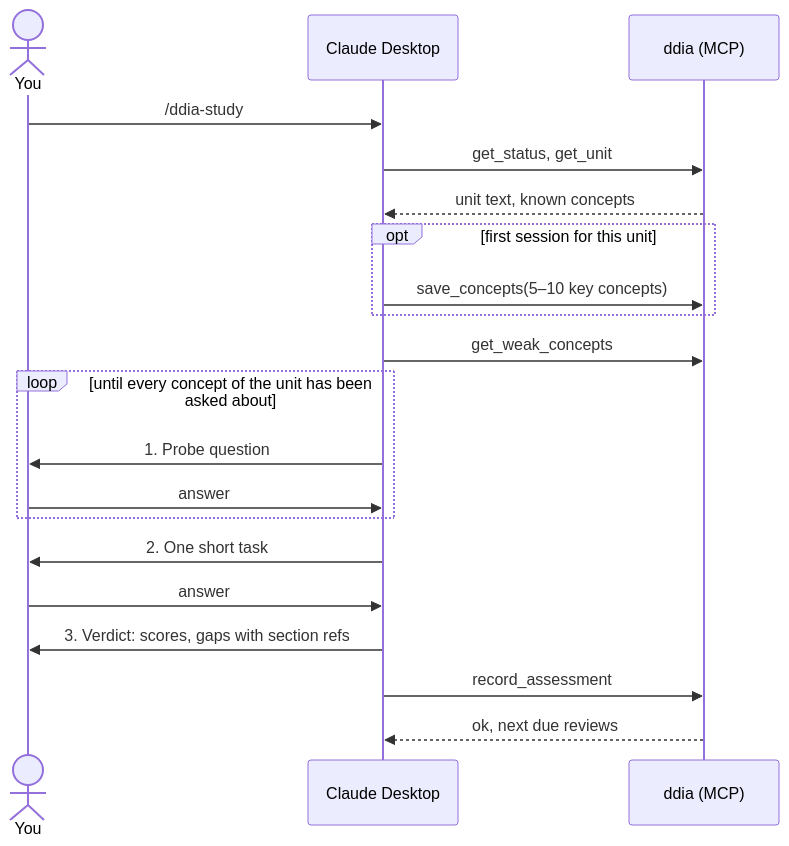
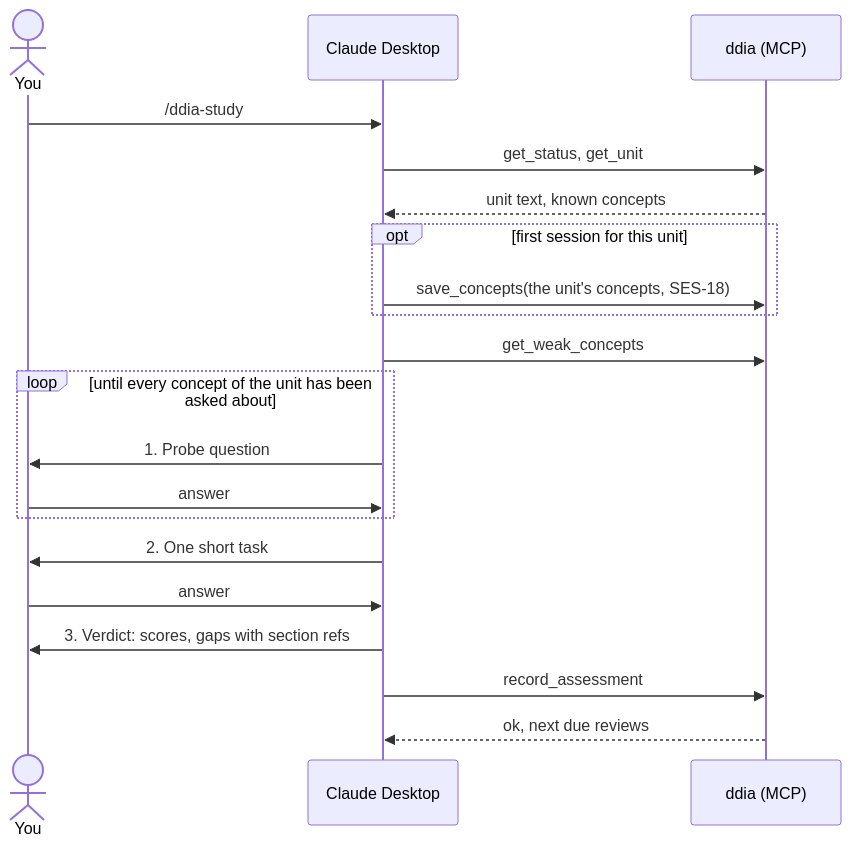
The diagram in docs/spec/04-study-session.md (paulnopaul/ddia-assist), drawn with Mermaid before and after one commit. The commit also changed other lines of this file and 9 other files, not shown here.

First line of the commit message:
Size each unit's concept list from its text, not a fixed count (SES-18)

````diff
--- a/docs/spec/04-study-session.md
+++ b/docs/spec/04-study-session.md
@@ -6,22 +6,22 @@
 ```mermaid
 sequenceDiagram
     actor P as You
     participant C as Claude Desktop
     participant S as ddia (MCP)
     P->>C: /ddia-study
     C->>S: get_status, get_unit
     S-->>C: unit text, known concepts
     opt first session for this unit
-        C->>S: save_concepts(5–10 key concepts)
+        C->>S: save_concepts(the unit's concepts, SES-18)
     end
     C->>S: get_weak_concepts
     loop until every concept of the unit has been asked about
         C->>P: 1. Probe question
         P->>C: answer
     end
     C->>P: 2. One short task
     P->>C: answer
     C->>P: 3. Verdict: scores, gaps with section refs
     C->>S: record_assessment
     S-->>C: ok, next due reviews
 ```
````
